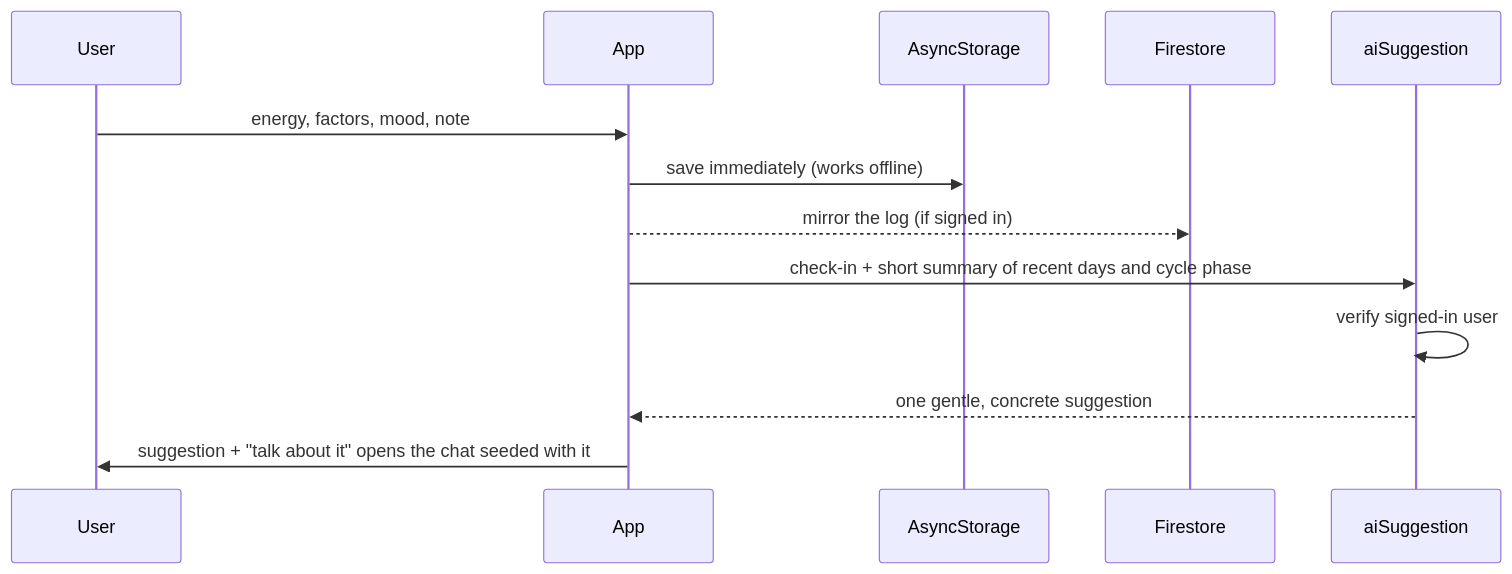
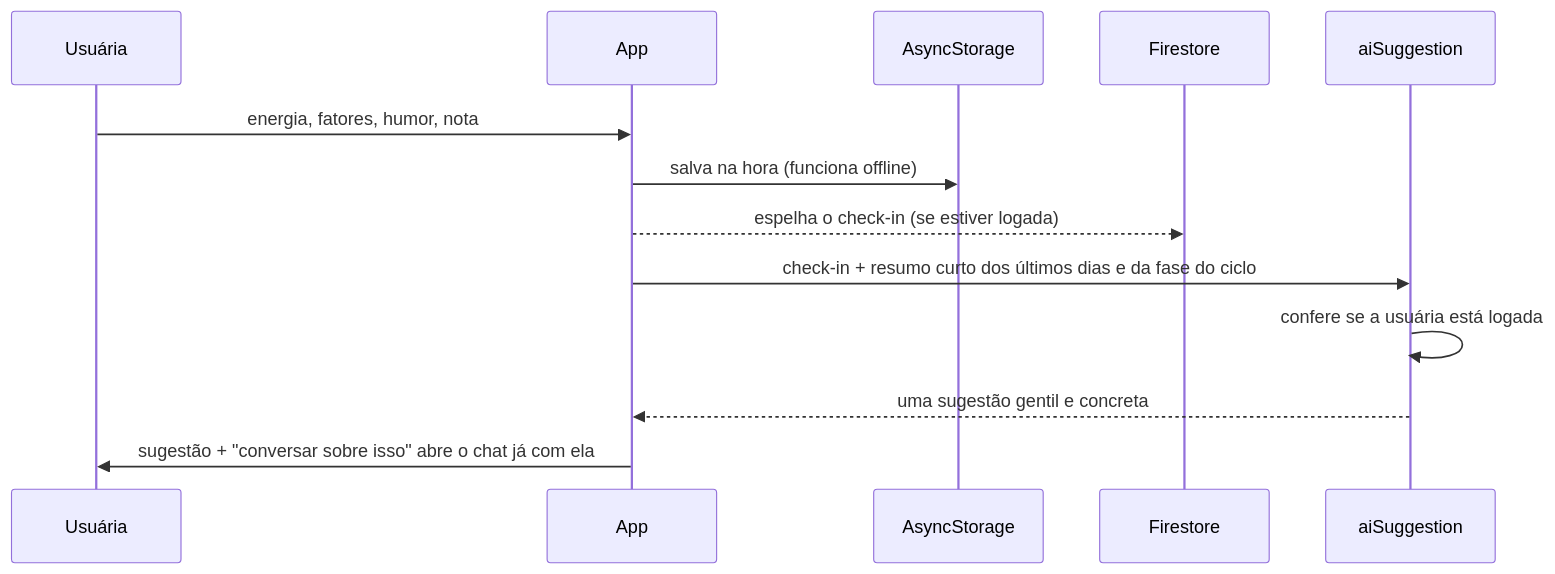
The first of 3 diagrams in docs/architecture.md (darkslipx/behappier-showcase), drawn with Mermaid before and after one commit. The commit also changed other lines of this file and 1 other file, not shown here.

````diff
--- a/docs/architecture.md
+++ b/docs/architecture.md
@@ -28,15 +28,15 @@
 ```mermaid
 sequenceDiagram
-  participant U as User
+  participant U as Usuária
   participant A as App
   participant L as AsyncStorage
   participant F as Firestore
   participant C as aiSuggestion
-  U->>A: energy, factors, mood, note
-  A->>L: save immediately (works offline)
-  A-->>F: mirror the log (if signed in)
-  A->>C: check-in + short summary of recent days and cycle phase
-  C->>C: verify signed-in user
-  C-->>A: one gentle, concrete suggestion
-  A->>U: suggestion + "talk about it" opens the chat seeded with it
+  U->>A: energia, fatores, humor, nota
+  A->>L: salva na hora (funciona offline)
+  A-->>F: espelha o check-in (se estiver logada)
+  A->>C: check-in + resumo curto dos últimos dias e da fase do ciclo
+  C->>C: confere se a usuária está logada
+  C-->>A: uma sugestão gentil e concreta
+  A->>U: sugestão + "conversar sobre isso" abre o chat já com ela
 ```
````
